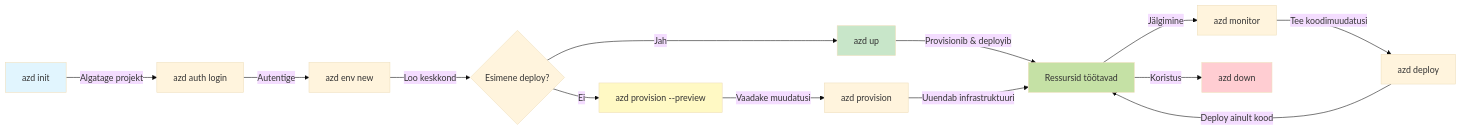
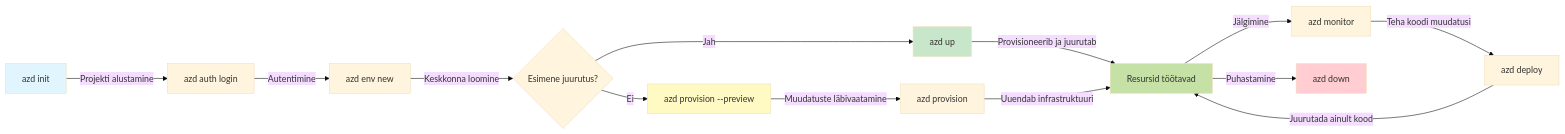
Before and after one commit to microsoft/AZD-for-beginners: the first of 2 diagrams in translations/et/docs/chapter-01-foundation/azd-basics.md, drawn with Mermaid (base theme). The commit also changed other lines of this file and 101 other files, not shown here.

````diff
--- a/translations/et/docs/chapter-01-foundation/azd-basics.md
+++ b/translations/et/docs/chapter-01-foundation/azd-basics.md
@@ -269,21 +269,21 @@
 ```mermaid
 graph LR
-    A[azd init] -->|Algatage projekt| B[azd auth login]
-    B -->|Autentige| C[azd env new]
-    C -->|Loo keskkond| D{Esimene deploy?}
+    A[azd init] -->|Projekti alustamine| B[azd auth login]
+    B -->|Autentimine| C[azd env new]
+    C -->|Keskkonna loomine| D{Esimene juurutus?}
     D -->|Jah| E[azd up]
     D -->|Ei| F[azd provision --preview]
-    F -->|Vaadake muudatusi| G[azd provision]
-    E -->|Provisionib & deployib| H[Ressursid töötavad]
+    F -->|Muudatuste läbivaatamine| G[azd provision]
+    E -->|Provisioneerib ja juurutab| H[Resursid töötavad]
     G -->|Uuendab infrastruktuuri| H
     H -->|Jälgimine| I[azd monitor]
-    I -->|Tee koodimuudatusi| J[azd deploy]
-    J -->|Deploy ainult kood| H
-    H -->|Koristus| K[azd down]
+    I -->|Teha koodi muudatusi| J[azd deploy]
+    J -->|Juurutada ainult kood| H
+    H -->|Puhastamine| K[azd down]
     
     style A fill:#e1f5fe
     style E fill:#c8e6c9
     style F fill:#fff9c4
     style H fill:#c5e1a5
     style K fill:#ffcdd2
-```  
+```
````
